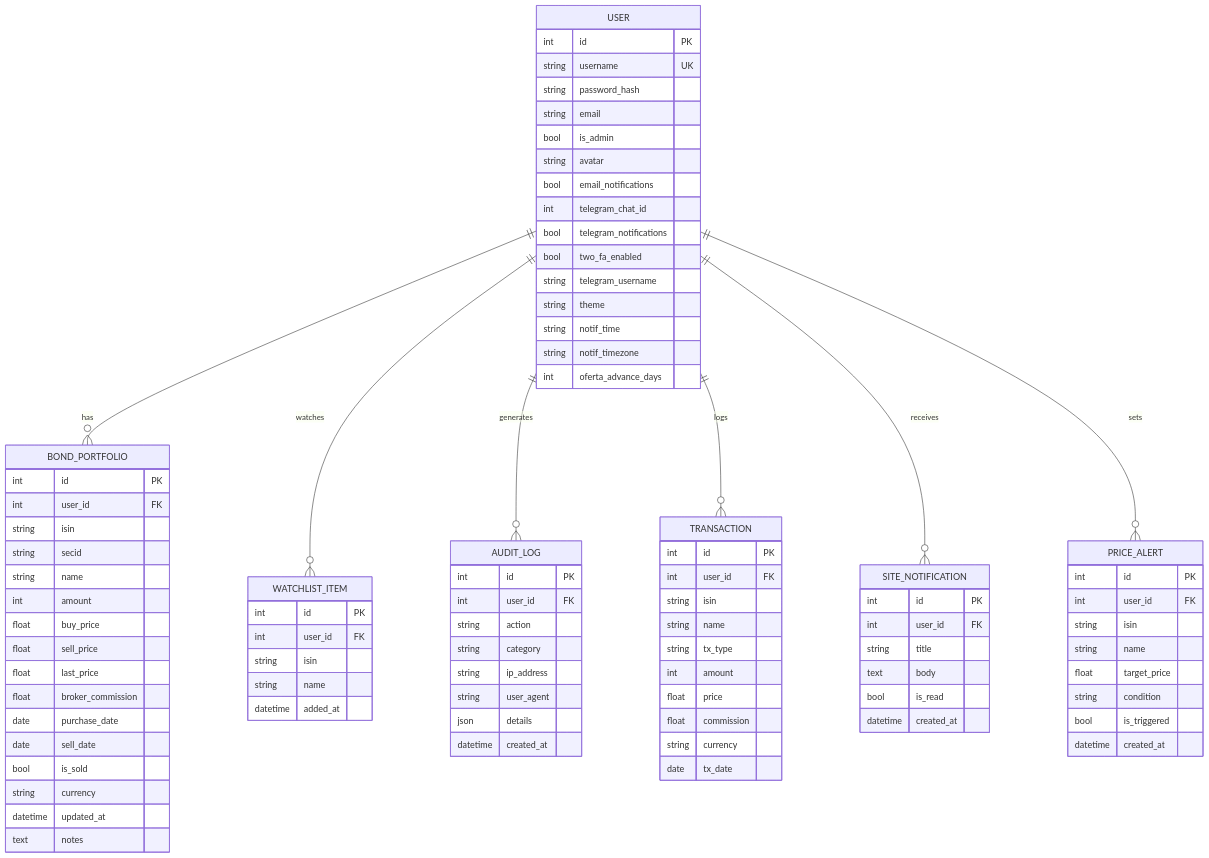
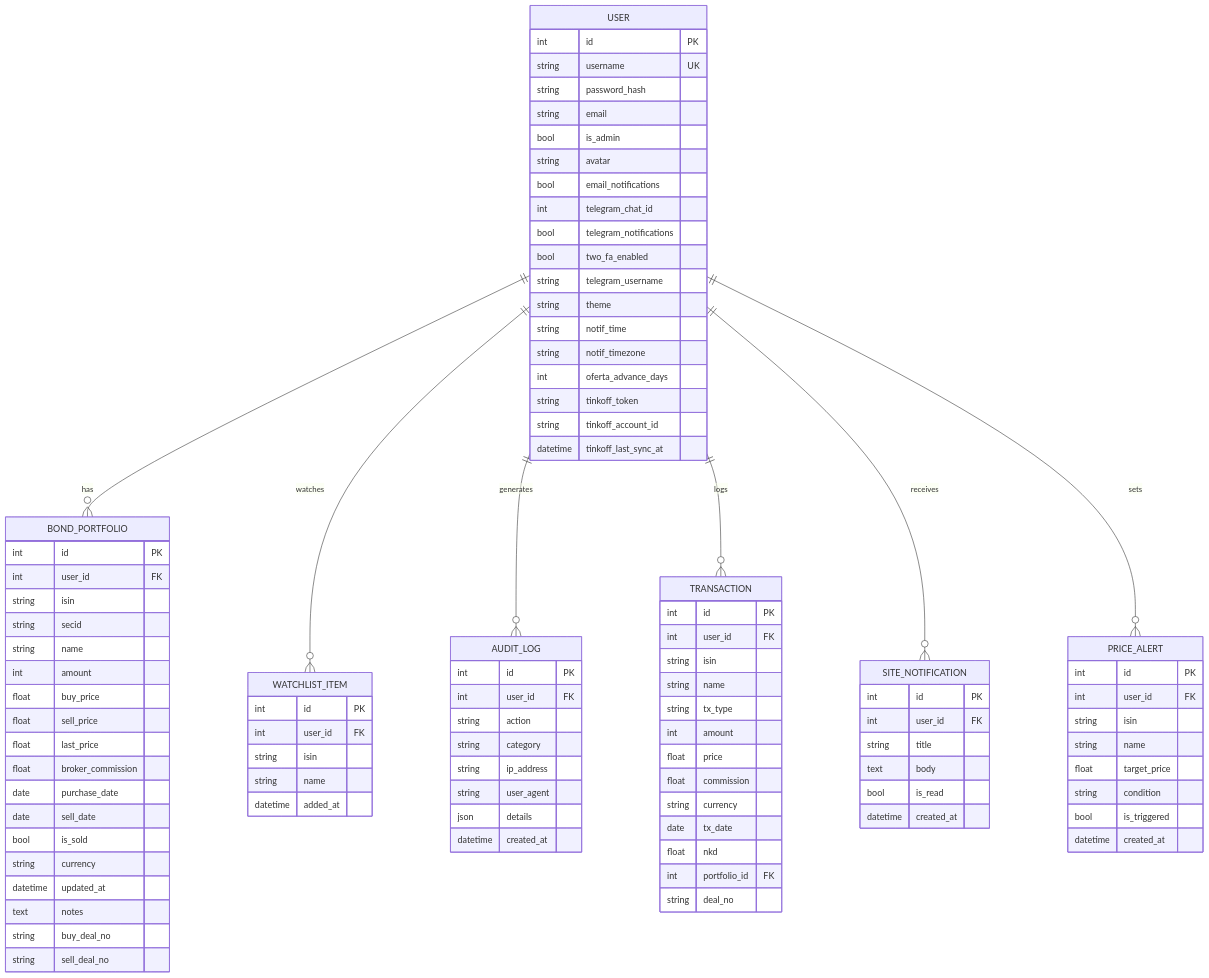
One commit to Kos5o4ka/my-fintech-app changed the third of 7 diagrams in docs/architecture.md. Above: the diagram before and after it, drawn with Mermaid. The commit also changed other lines of this file and 78 other files, not shown here.

```diff
--- a/docs/architecture.md
+++ b/docs/architecture.md
@@ -129,6 +129,9 @@
         string notif_time
         string notif_timezone
         int oferta_advance_days
+        string tinkoff_token
+        string tinkoff_account_id
+        datetime tinkoff_last_sync_at
     }
 
     BOND_PORTFOLIO {
@@ -148,6 +151,8 @@
         string currency
         datetime updated_at
         text notes
+        string buy_deal_no
+        string sell_deal_no
     }
 
     WATCHLIST_ITEM {
@@ -200,6 +205,9 @@
         float commission
         string currency
         date tx_date
+        float nkd
+        int portfolio_id FK
+        string deal_no
     }
 
     USER ||--o{ BOND_PORTFOLIO : "has"
```
